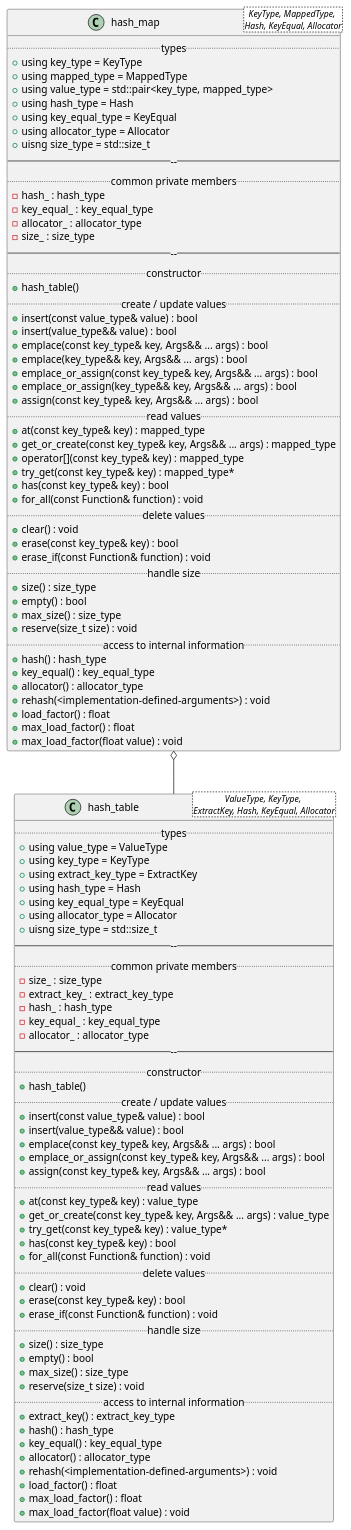
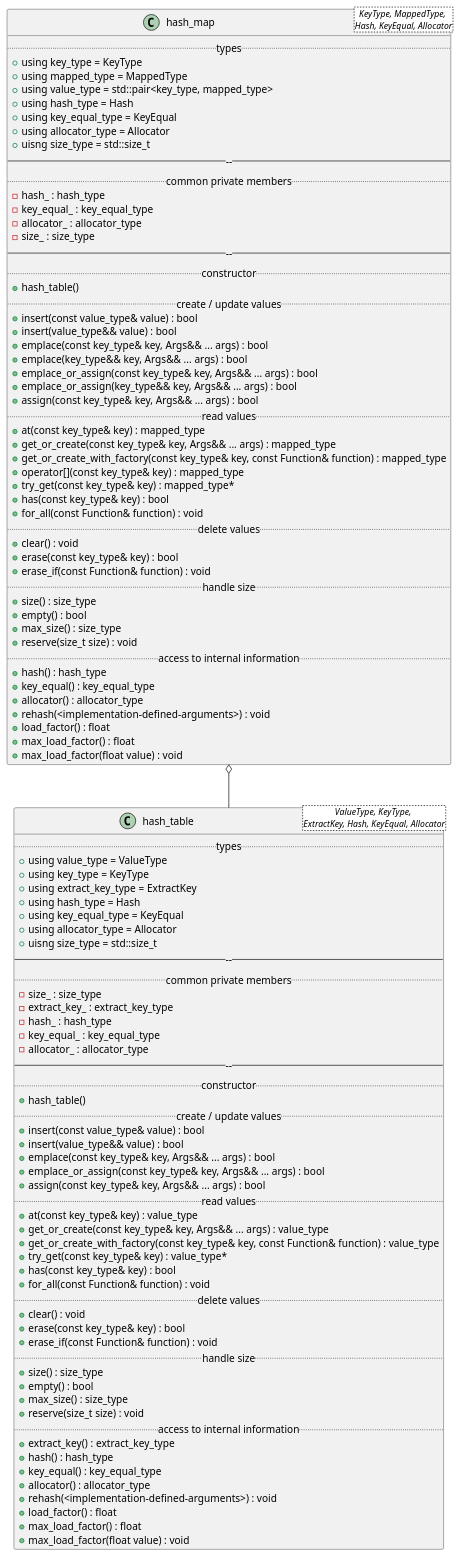
Before and after one commit to MusicScience37/cpp-hash-tables: the diagram in doc/sphinx/src/design/class_diagrams/full_hash_table.puml, drawn with PlantUML.

Commit message:
:books: Add design of the functions to be implemented.

```diff
--- a/doc/sphinx/src/design/class_diagrams/full_hash_table.puml
+++ b/doc/sphinx/src/design/class_diagrams/full_hash_table.puml
@@ -1,107 +1,109 @@
 @startuml FullHashTable
 
 class hash_table<ValueType, KeyType, \nExtractKey, Hash, KeyEqual, Allocator> {
     .. types ..
     + using value_type = ValueType
     + using key_type = KeyType
     + using extract_key_type = ExtractKey
     + using hash_type = Hash
     + using key_equal_type = KeyEqual
     + using allocator_type = Allocator
     + uisng size_type = std::size_t
     ------
     .. common private members ..
     - size_ : size_type
     - extract_key_ : extract_key_type
     - hash_ : hash_type
     - key_equal_ : key_equal_type
     - allocator_ : allocator_type
     ------
     .. constructor ..
     + hash_table()
     .. create / update values ..
     + insert(const value_type& value) : bool
     + insert(value_type&& value) : bool
     + emplace(const key_type& key, Args&& ... args) : bool
     + emplace_or_assign(const key_type& key, Args&& ... args) : bool
     + assign(const key_type& key, Args&& ... args) : bool
     .. read values ..
     + at(const key_type& key) : value_type
     + get_or_create(const key_type& key, Args&& ... args) : value_type
+    + get_or_create_with_factory(const key_type& key, const Function& function) : value_type
     + try_get(const key_type& key) : value_type*
     + has(const key_type& key) : bool
     + for_all(const Function& function) : void
     .. delete values ..
     + clear() : void
     + erase(const key_type& key) : bool
     + erase_if(const Function& function) : void
     .. handle size ..
     + size() : size_type
     + empty() : bool
     + max_size() : size_type
     + reserve(size_t size) : void
     .. access to internal information ..
     + extract_key() : extract_key_type
     + hash() : hash_type
     + key_equal() : key_equal_type
     + allocator() : allocator_type
     + rehash(<implementation-defined-arguments>) : void
     + load_factor() : float
     + max_load_factor() : float
     + max_load_factor(float value) : void
 }
 
 class hash_map<KeyType, MappedType, \nHash, KeyEqual, Allocator> {
     .. types ..
     + using key_type = KeyType
     + using mapped_type = MappedType
     + using value_type = std::pair<key_type, mapped_type>
     + using hash_type = Hash
     + using key_equal_type = KeyEqual
     + using allocator_type = Allocator
     + uisng size_type = std::size_t
     ------
     .. common private members ..
     - hash_ : hash_type
     - key_equal_ : key_equal_type
     - allocator_ : allocator_type
     - size_ : size_type
     ------
     .. constructor ..
     + hash_table()
     .. create / update values ..
     + insert(const value_type& value) : bool
     + insert(value_type&& value) : bool
     + emplace(const key_type& key, Args&& ... args) : bool
     + emplace(key_type&& key, Args&& ... args) : bool
     + emplace_or_assign(const key_type& key, Args&& ... args) : bool
     + emplace_or_assign(key_type&& key, Args&& ... args) : bool
     + assign(const key_type& key, Args&& ... args) : bool
     .. read values ..
     + at(const key_type& key) : mapped_type
     + get_or_create(const key_type& key, Args&& ... args) : mapped_type
+    + get_or_create_with_factory(const key_type& key, const Function& function) : mapped_type
     + operator[](const key_type& key) : mapped_type
     + try_get(const key_type& key) : mapped_type*
     + has(const key_type& key) : bool
     + for_all(const Function& function) : void
     .. delete values ..
     + clear() : void
     + erase(const key_type& key) : bool
     + erase_if(const Function& function) : void
     .. handle size ..
     + size() : size_type
     + empty() : bool
     + max_size() : size_type
     + reserve(size_t size) : void
     .. access to internal information ..
     + hash() : hash_type
     + key_equal() : key_equal_type
     + allocator() : allocator_type
     + rehash(<implementation-defined-arguments>) : void
     + load_factor() : float
     + max_load_factor() : float
     + max_load_factor(float value) : void
 }
 hash_map o-- hash_table
 
 @enduml
```
